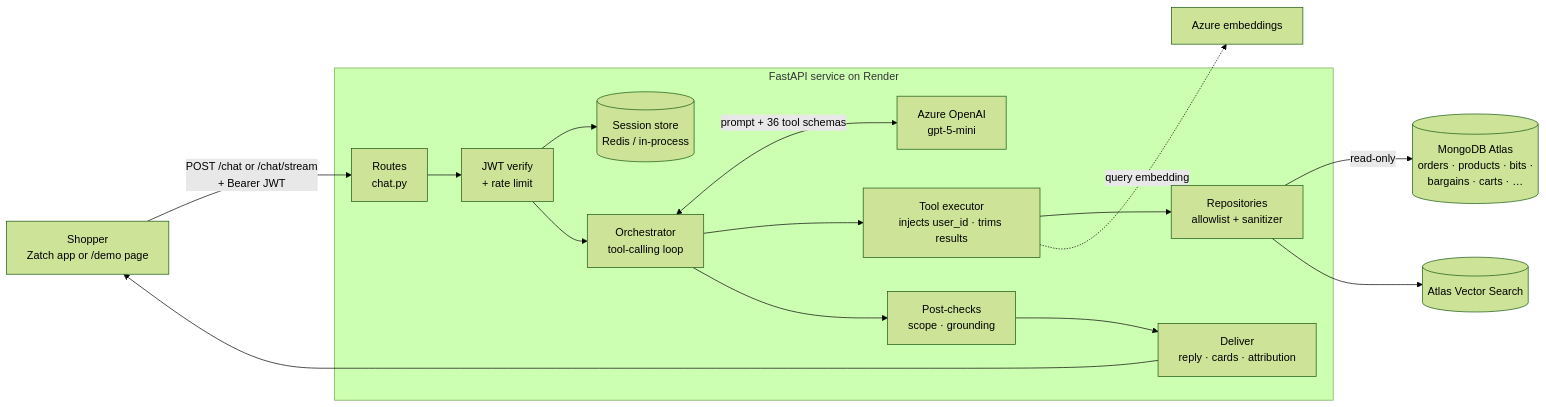
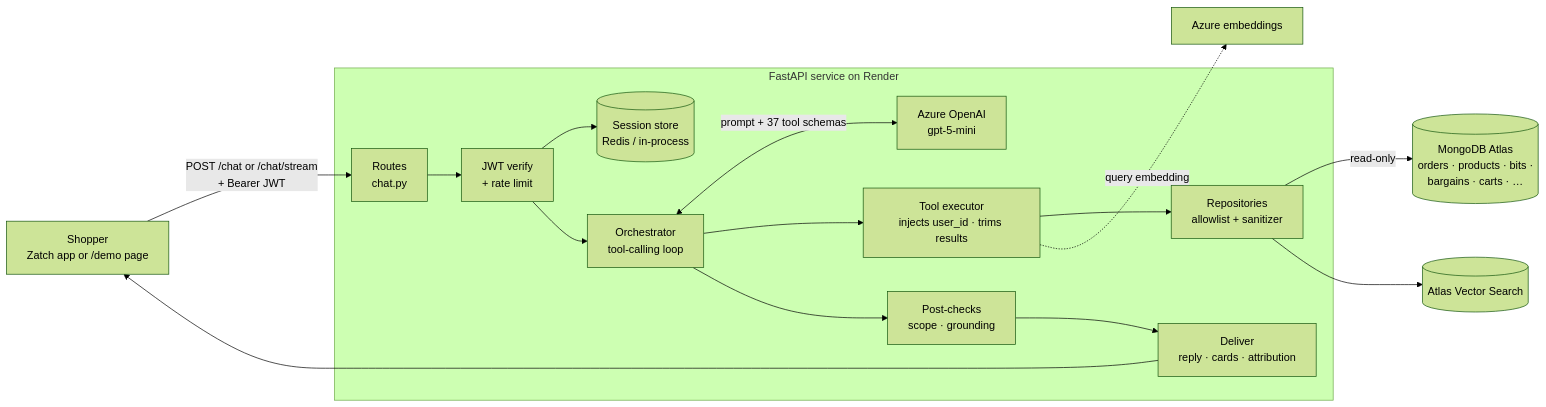
One commit to nishithaNsingh/Zatch-Unified-Conversational-AI-Assistant changed the diagram in docs/PROJECT_DOCUMENTATION.md. Above: the diagram before and after it, drawn with Mermaid (forest theme). The commit also changed other lines of this file and 14 other files, not shown here.

````diff
--- a/docs/PROJECT_DOCUMENTATION.md
+++ b/docs/PROJECT_DOCUMENTATION.md
@@ -88,21 +88,21 @@
 ```mermaid
 flowchart LR
     U[Shopper<br/>Zatch app or /demo page] -->|POST /chat or /chat/stream<br/>+ Bearer JWT| API
 
     subgraph Service[FastAPI service on Render]
         API[Routes<br/>chat.py] --> AUTH[JWT verify<br/>+ rate limit]
         AUTH --> SESS[(Session store<br/>Redis / in-process)]
         AUTH --> ORCH[Orchestrator<br/>tool-calling loop]
-        ORCH <-->|prompt + 36 tool schemas| LLM
+        ORCH <-->|prompt + 37 tool schemas| LLM
         ORCH --> EXEC[Tool executor<br/>injects user_id · trims results]
         EXEC --> REPOS[Repositories<br/>allowlist + sanitizer]
         ORCH --> GUARD[Post-checks<br/>scope · grounding]
         GUARD --> DELIVER[Deliver<br/>reply · cards · attribution]
     end
 
     LLM[Azure OpenAI<br/>gpt-5-mini]
     REPOS -->|read-only| DB[(MongoDB Atlas<br/>orders · products · bits ·<br/>bargains · carts · …)]
     REPOS --> VEC[(Atlas Vector Search)]
     EXEC -.->|query embedding| EMB[Azure embeddings]
     DELIVER --> U
 ```
````
